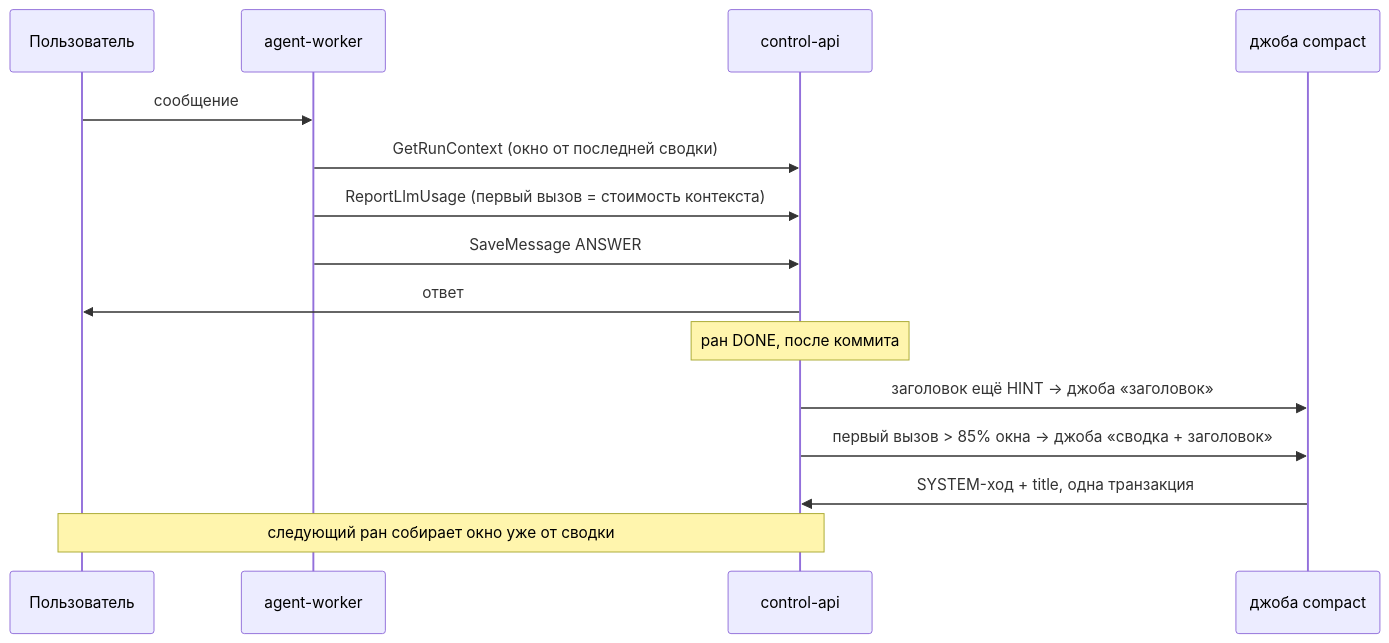
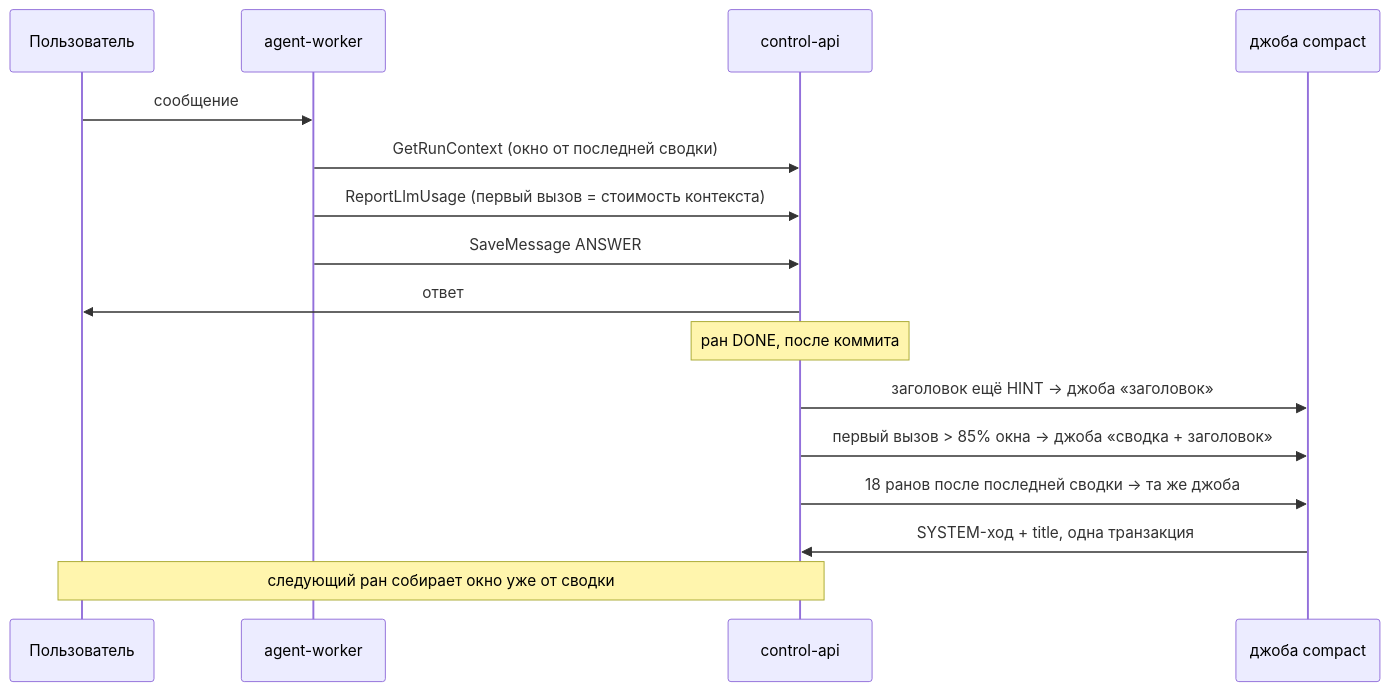
Before and after one commit to AgiMateIo/agimate-backend: the diagram in docs/decisions/context-compaction.md, drawn with Mermaid. The commit also changed other lines of this file and 4 other files, not shown here.

````diff
--- a/docs/decisions/context-compaction.md
+++ b/docs/decisions/context-compaction.md
@@ -38,17 +39,18 @@
 ```mermaid
 sequenceDiagram
     participant U as Пользователь
     participant W as agent-worker
     participant C as control-api
     participant J as джоба compact
     U->>W: сообщение
     W->>C: GetRunContext (окно от последней сводки)
     W->>C: ReportLlmUsage (первый вызов = стоимость контекста)
     W->>C: SaveMessage ANSWER
     C->>U: ответ
     Note over C: ран DONE, после коммита
     C->>J: заголовок ещё HINT → джоба «заголовок»
     C->>J: первый вызов > 85% окна → джоба «сводка + заголовок»
+    C->>J: 18 ранов после последней сводки → та же джоба
     J->>C: SYSTEM-ход + title, одна транзакция
     Note over U,C: следующий ран собирает окно уже от сводки
 ```
````
